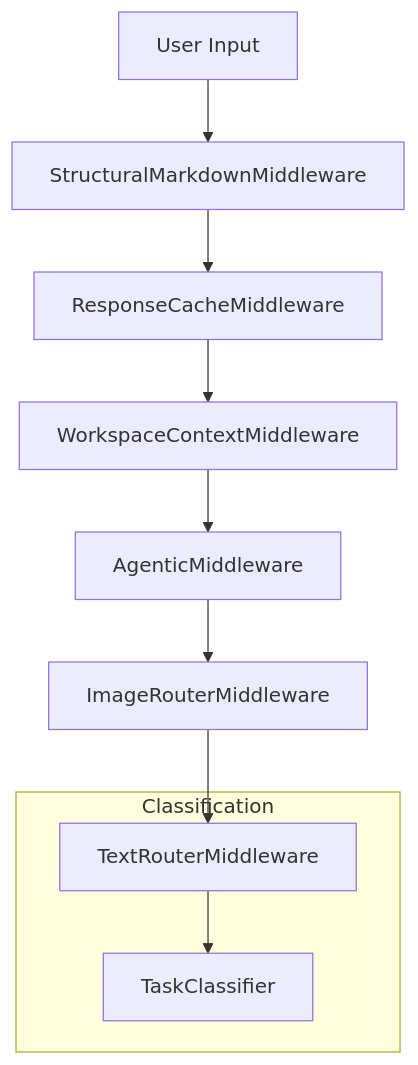
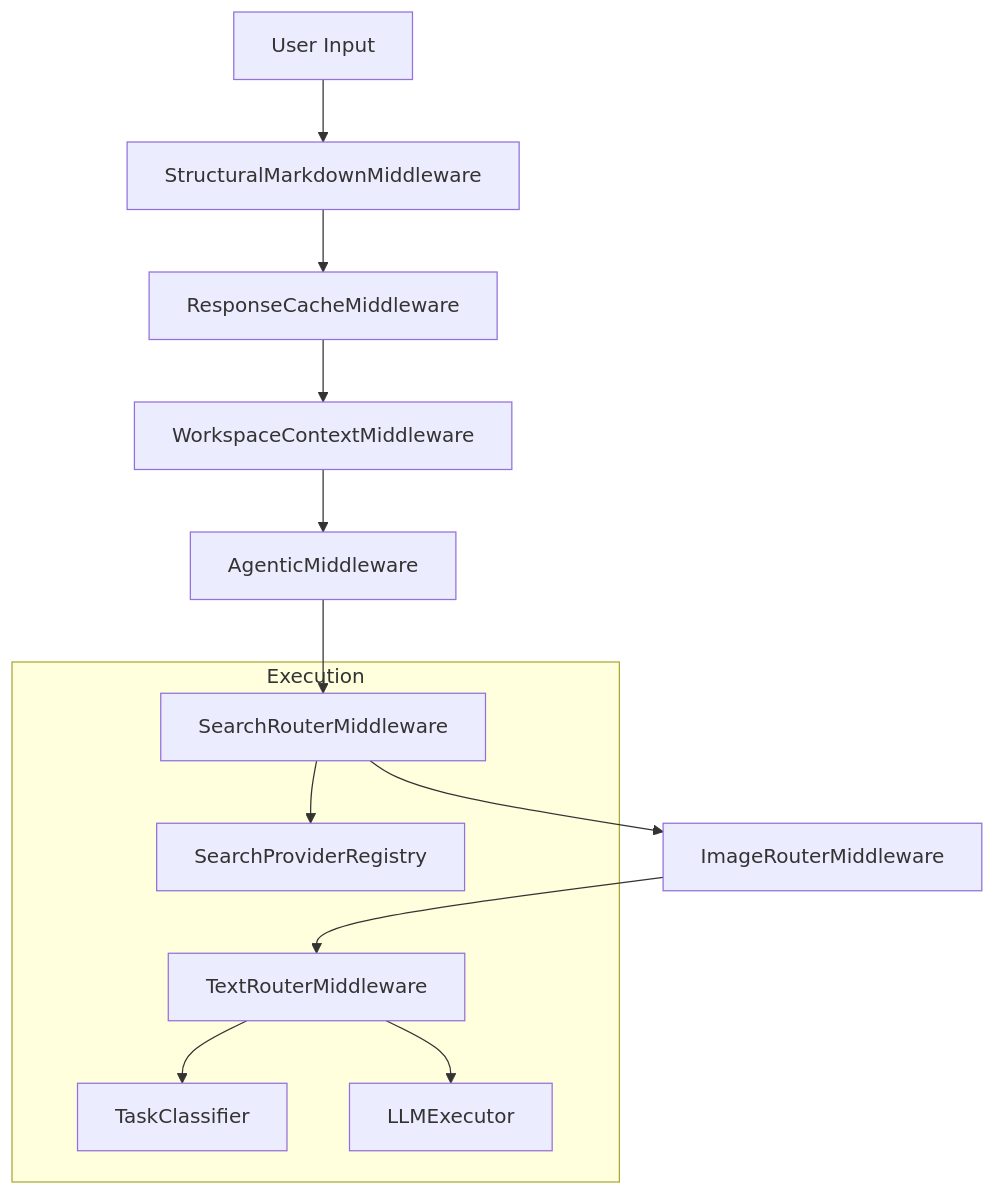
One commit to djmahe4/awesome-free-llm-apis changed the diagram in mcp-server/docs/skill/references/architecture.md. Above: the diagram before and after it, drawn with Mermaid. The commit also changed other lines of this file and 7 other files, not shown here.

Commit message:
docs(architecture,precommit): update pipeline diagrams, sync references, and enforce doc checks in precommit

````diff
--- a/mcp-server/docs/skill/references/architecture.md
+++ b/mcp-server/docs/skill/references/architecture.md
@@ -25,13 +25,16 @@
 ```mermaid
 graph TD
     Input[User Input] --> Struct[StructuralMarkdownMiddleware]
     Struct --> Cache[ResponseCacheMiddleware]
     Cache --> Workspace[WorkspaceContextMiddleware]
     Workspace --> Agentic[AgenticMiddleware]
-    Agentic --> ImageRouter[ImageRouterMiddleware]
+    Agentic --> Search[SearchRouterMiddleware]
+    Search --> ImageRouter[ImageRouterMiddleware]
     ImageRouter --> TextRouter[TextRouterMiddleware]
     
-    subgraph Classification
+    subgraph Execution
         TextRouter --> Classifier[TaskClassifier]
+        TextRouter --> Executor[LLMExecutor]
+        Search --> SearchReg[SearchProviderRegistry]
     end
 ```
````
